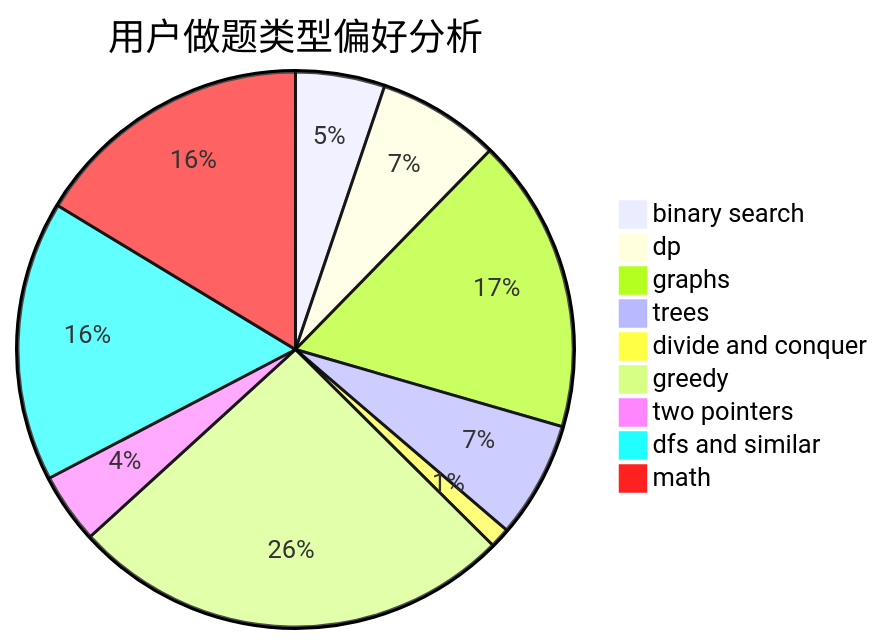
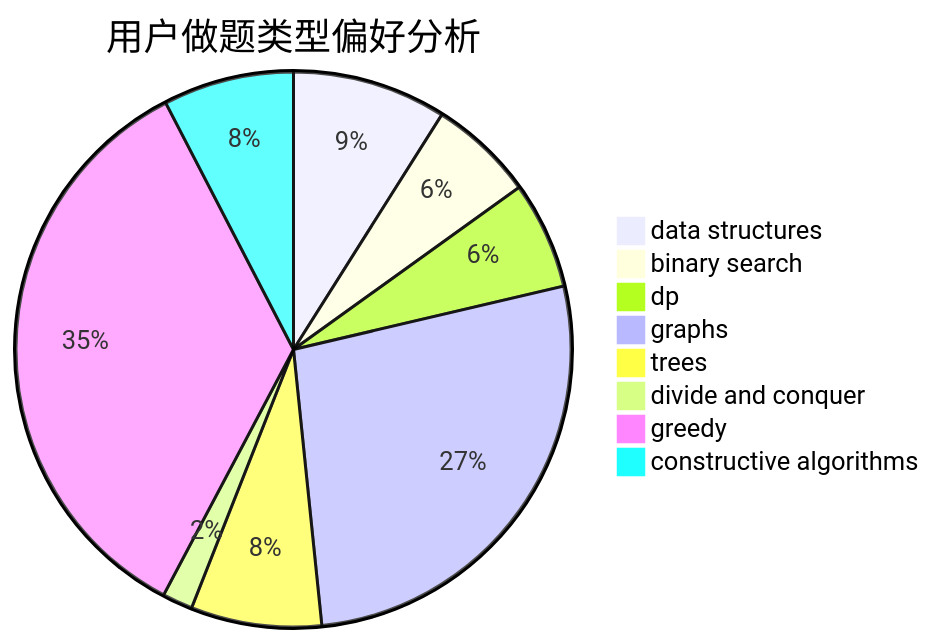
One commit to sherpahu/cfrs.github.io changed the second of 3 diagrams in docs/user/u35.md. Above: the diagram before and after it, drawn with Mermaid. The commit also changed other lines of this file and 2775 other files, not shown here.

````diff
--- a/docs/user/u35.md
+++ b/docs/user/u35.md
@@ -23,12 +23,11 @@
 ```mermaid
 pie title 用户做题类型偏好分析
-    "binary search" :  62
-    "dp" :  85
-    "graphs" :  205
-    "trees" :  81
-    "divide and conquer" :  14
-    "greedy" :  308
-    "two pointers" :  49
-    "dfs and similar" :  195
-    "math" :  195
+    "data structures" :  66
+    "binary search" :  45
+    "dp" :  46
+    "graphs" :  199
+    "trees" :  56
+    "divide and conquer" :  13
+    "greedy" :  255
+    "constructive algorithms" :  56
 ```
````
